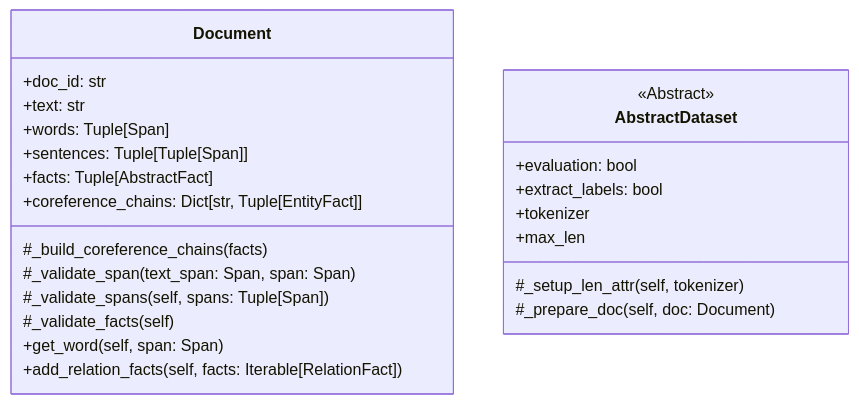
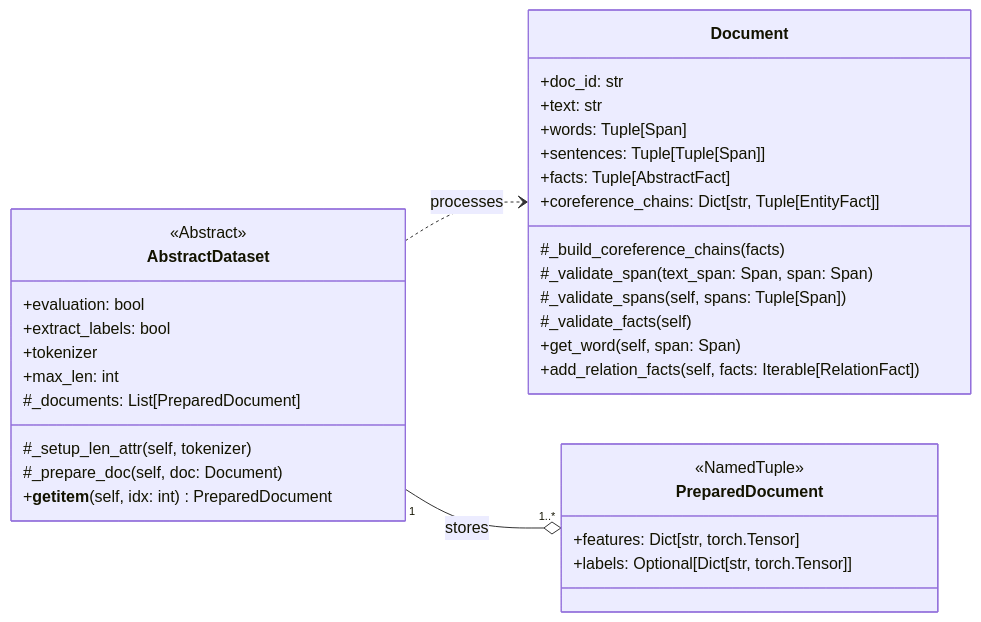
One commit to phos-phophy/creed changed the third of 4 diagrams in README.md. Above: the diagram before and after it, drawn with Mermaid. The commit also changed other lines of this file, not shown here.

````diff
--- a/README.md
+++ b/README.md
@@ -112,28 +109,38 @@
 ```mermaid
 classDiagram
-direction TB
+direction LR
    class Document{
       +doc_id: str
       +text: str
       +words: Tuple[Span]
       +sentences: Tuple[Tuple[Span]]
       +facts: Tuple[AbstractFact]
       +coreference_chains: Dict[str, Tuple[EntityFact]]
       #_build_coreference_chains(facts)
       #_validate_span(text_span: Span, span: Span)
       #_validate_spans(self, spans: Tuple[Span])
       #_validate_facts(self)
       +get_word(self, span: Span)
       +add_relation_facts(self, facts: Iterable[RelationFact])
    }
    
    class AbstractDataset{
       <<Abstract>>
       +evaluation: bool
       +extract_labels: bool
       +tokenizer
-      +max_len
+      +max_len: int
+      #_documents: List[PreparedDocument]
       #_setup_len_attr(self, tokenizer)
       #_prepare_doc(self, doc: Document)
+      +__getitem__(self, idx: int) PreparedDocument
+   }
+   AbstractDataset ..> Document : processes
+   AbstractDataset "1" --o "1..*" PreparedDocument : stores
+   
+   class PreparedDocument{
+      <<NamedTuple>>
+      +features: Dict[str, torch.Tensor]
+      +labels: Optional[Dict[str, torch.Tensor]]
    }
 ```
````
